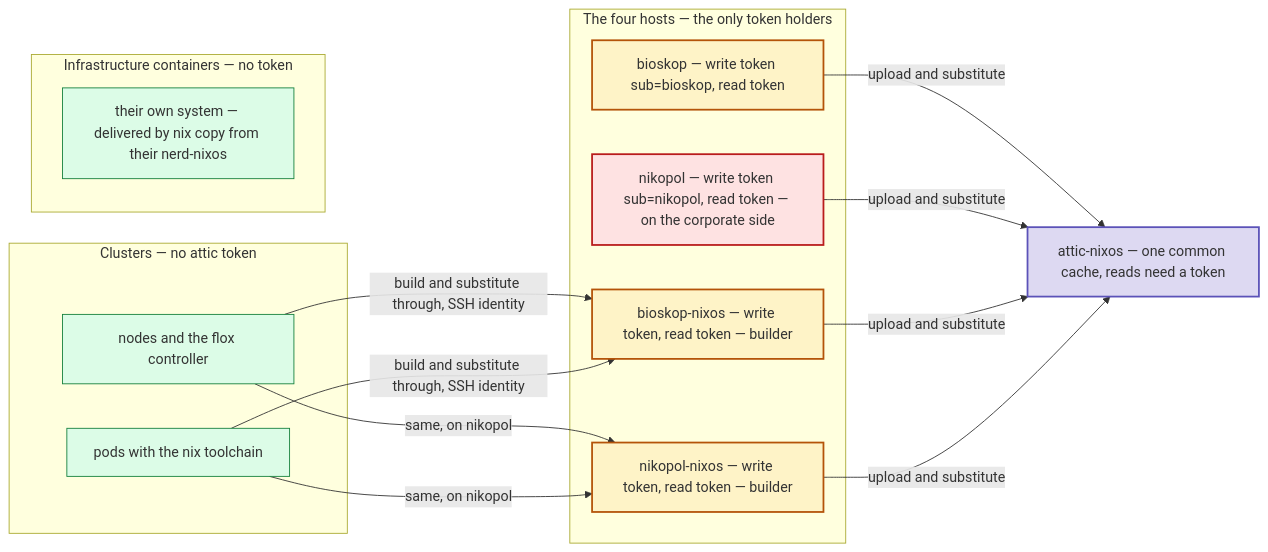
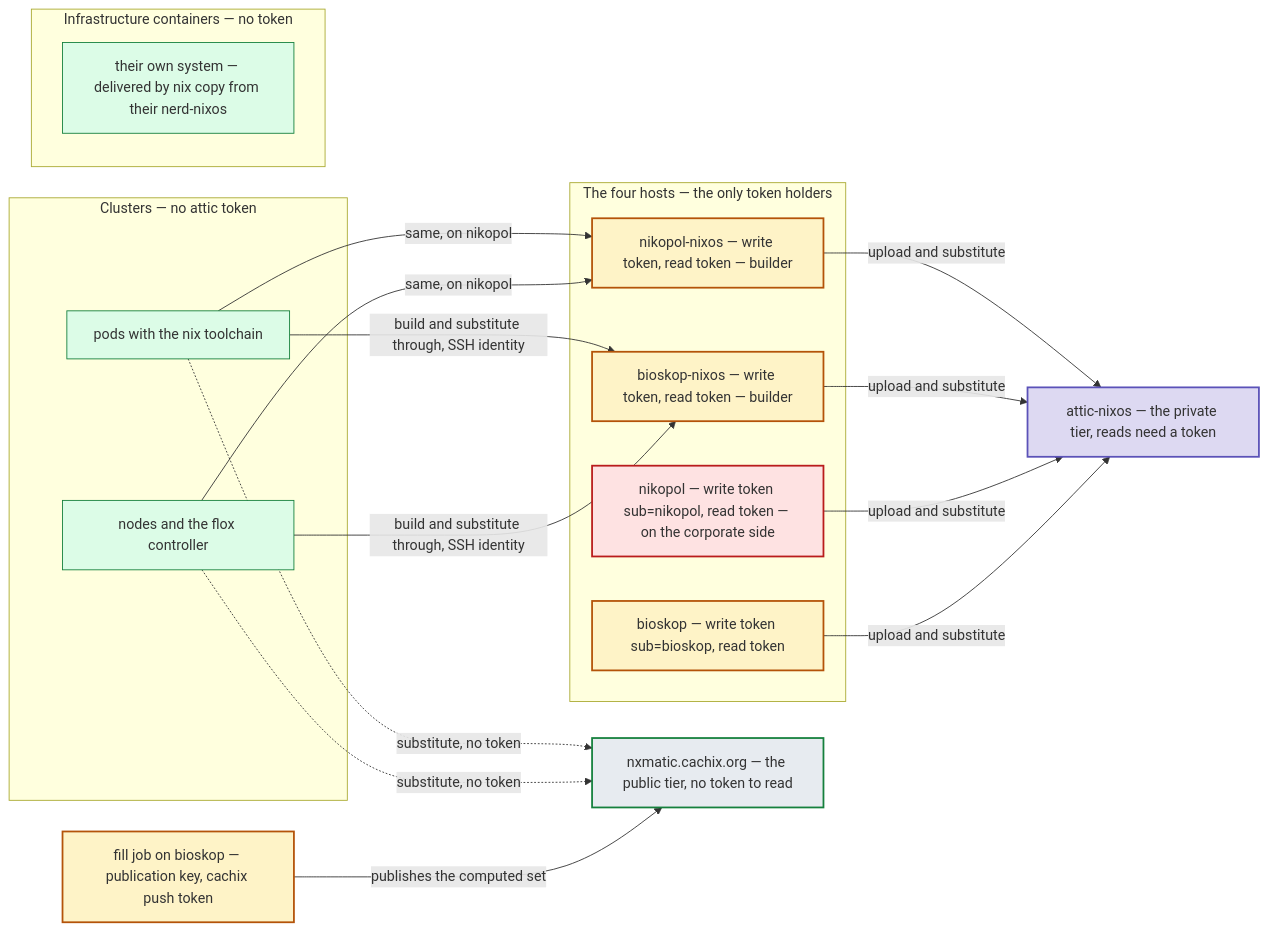
One commit to seedmatic/ndh changed the tenth of 11 diagrams in docs/private-binary-cache-spec.adoc. Above: the diagram before and after it, drawn with Mermaid. The commit also changed other lines of this file, not shown here.

First line of the commit message:
docs(cache): trusted paths go public, the rest stays private, and the builder evaluates revisions only

```diff
--- a/docs/private-binary-cache-spec.adoc
+++ b/docs/private-binary-cache-spec.adoc
@@ -1047,27 +1376,32 @@
 [mermaid]
 ....
 flowchart LR
   subgraph HOSTS["The four hosts — the only token holders"]
     h1["bioskop — write token sub=bioskop, read token"]:::writer
     h2["nikopol — write token sub=nikopol, read token — on the corporate side"]:::corp
     h3["bioskop-nixos — write token, read token — builder"]:::writer
     h4["nikopol-nixos — write token, read token — builder"]:::writer
   end
   subgraph CLUSTERS["Clusters — no attic token"]
     n1["nodes and the flox controller"]:::none
     p1["pods with the nix toolchain"]:::none
   end
   subgraph INFRA["Infrastructure containers — no token"]
     c1["their own system — delivered by nix copy from their nerd-nixos"]:::none
   end
-  attic["attic-nixos — one common cache, reads need a token"]:::cache
+  attic["attic-nixos — the private tier, reads need a token"]:::cache
+  cx["nxmatic.cachix.org — the public tier, no token to read"]:::pub
+  fj["fill job on bioskop — publication key, cachix push token"]:::writer
 
   h1 & h2 & h3 & h4 -->|"upload and substitute"| attic
+  fj -->|"publishes the computed set"| cx
+  n1 & p1 -.->|"substitute, no token"| cx
   n1 & p1 -->|"build and substitute through, SSH identity"| h3
   n1 & p1 -->|"same, on nikopol"| h4
 
   classDef writer fill:#fef3c7,stroke:#b45309,stroke-width:2px;
   classDef corp fill:#fee2e2,stroke:#b91c1c,stroke-width:2px;
   classDef none fill:#dcfce7,stroke:#15803d;
   classDef cache fill:#ddd9f2,stroke:#5b52b8,stroke-width:2px;
+  classDef pub fill:#e7ebf0,stroke:#15803d,stroke-width:2px;
 ....
```
